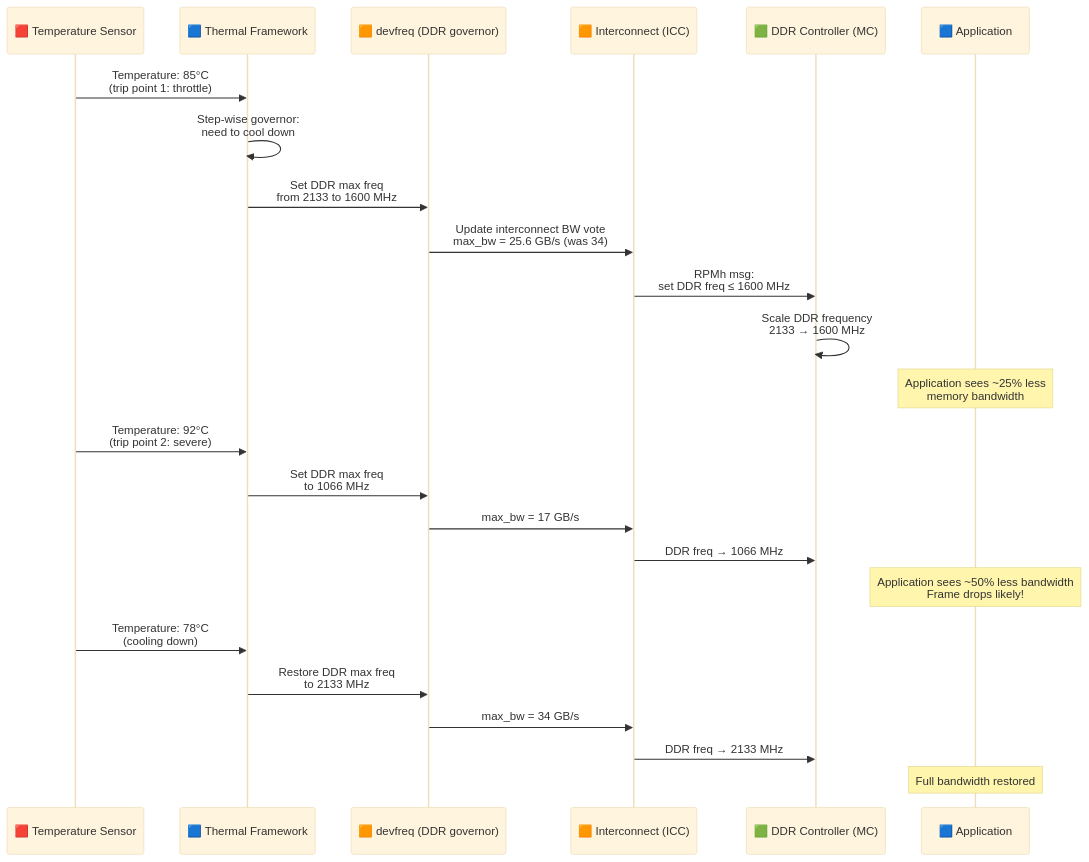
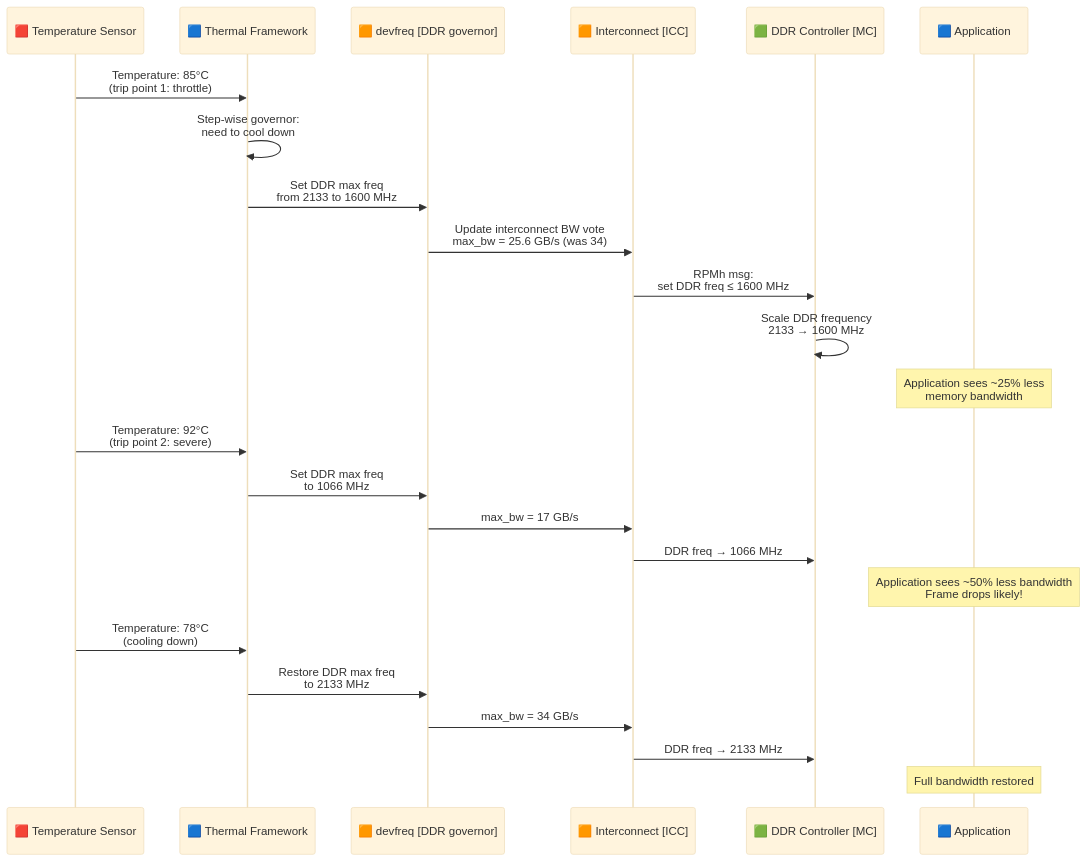
One commit to nilprajapati97/Linux changed diagram 17 of 21 in MemoryManagement/19_Qualcomm_System_Design_Part2.md. Above: the diagram before and after it, drawn with Mermaid (base theme). The commit also changed other lines of this file and 68 other files, not shown here.

````diff
--- a/MemoryManagement/19_Qualcomm_System_Design_Part2.md
+++ b/MemoryManagement/19_Qualcomm_System_Design_Part2.md
@@ -686,41 +686,41 @@
 ```mermaid
 sequenceDiagram
     participant TSENS as 🟥 Temperature Sensor
     participant THERM as 🟦 Thermal Framework
-    participant DEVFREQ as 🟧 devfreq (DDR governor)
-    participant ICC as 🟧 Interconnect (ICC)
-    participant DDR_CTRL as 🟩 DDR Controller (MC)
+    participant DEVFREQ as 🟧 devfreq [DDR governor]
+    participant ICC as 🟧 Interconnect [ICC]
+    participant DDR_CTRL as 🟩 DDR Controller [MC]
     participant APP as 🟦 Application
 
     TSENS->>THERM: Temperature: 85°C<br/>(trip point 1: throttle)
 
     THERM->>THERM: Step-wise governor:<br/>need to cool down
 
     THERM->>DEVFREQ: Set DDR max freq<br/>from 2133 to 1600 MHz
 
     DEVFREQ->>ICC: Update interconnect BW vote<br/>max_bw = 25.6 GB/s (was 34)
 
     ICC->>DDR_CTRL: RPMh msg:<br/>set DDR freq ≤ 1600 MHz
 
     DDR_CTRL->>DDR_CTRL: Scale DDR frequency<br/>2133 → 1600 MHz
 
     Note over APP: Application sees ~25% less<br/>memory bandwidth
 
     TSENS->>THERM: Temperature: 92°C<br/>(trip point 2: severe)
 
     THERM->>DEVFREQ: Set DDR max freq<br/>to 1066 MHz
 
     DEVFREQ->>ICC: max_bw = 17 GB/s
     ICC->>DDR_CTRL: DDR freq → 1066 MHz
 
     Note over APP: Application sees ~50% less bandwidth<br/>Frame drops likely!
 
     TSENS->>THERM: Temperature: 78°C<br/>(cooling down)
 
     THERM->>DEVFREQ: Restore DDR max freq<br/>to 2133 MHz
 
     DEVFREQ->>ICC: max_bw = 34 GB/s
     ICC->>DDR_CTRL: DDR freq → 2133 MHz
 
     Note over APP: Full bandwidth restored
 ```
````
